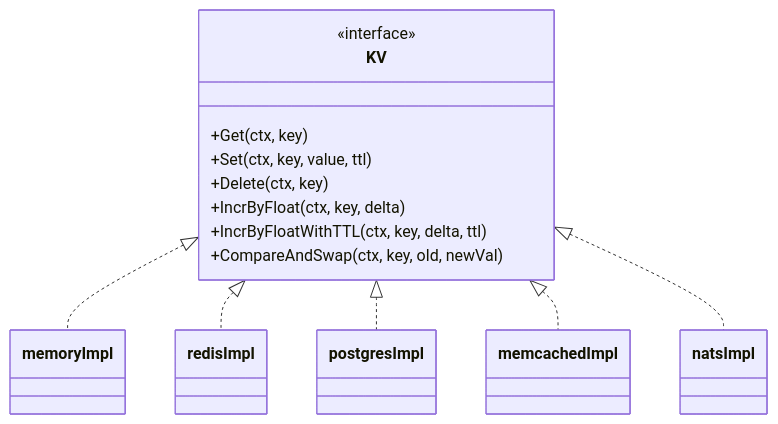
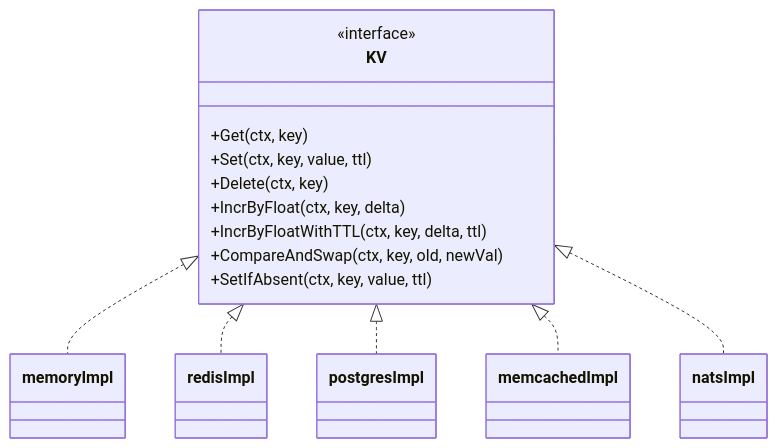
Before and after one commit to wangzw/speed: the diagram in docs/design/modules/design-kv.md, drawn with Mermaid. The commit also changed other lines of this file and 10 other files, not shown here.

````diff
--- a/docs/design/modules/design-kv.md
+++ b/docs/design/modules/design-kv.md
@@ -81,22 +84,23 @@
 ```mermaid
 classDiagram
     class KV {
         <<interface>>
         +Get(ctx, key)
         +Set(ctx, key, value, ttl)
         +Delete(ctx, key)
         +IncrByFloat(ctx, key, delta)
         +IncrByFloatWithTTL(ctx, key, delta, ttl)
         +CompareAndSwap(ctx, key, old, newVal)
+        +SetIfAbsent(ctx, key, value, ttl)
     }
     class memoryImpl
     class redisImpl
     class postgresImpl
     class memcachedImpl
     class natsImpl
     KV <|.. memoryImpl
     KV <|.. redisImpl
     KV <|.. postgresImpl
     KV <|.. memcachedImpl
     KV <|.. natsImpl
 ```
````
